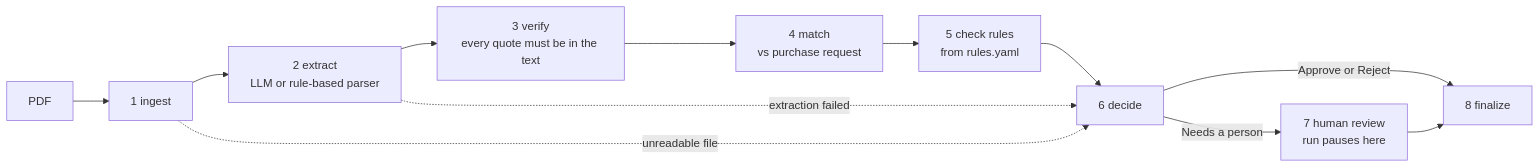
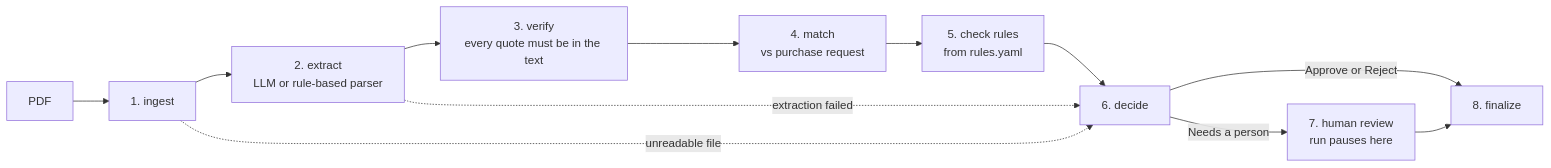
One commit to Genius-360/Supplier-Document-Checker changed the diagram in README.md. Above: the diagram before and after it, drawn with Mermaid.

Commit message:
Update flowchart numbering in README.md

````diff
--- a/README.md
+++ b/README.md
@@ -39,14 +39,14 @@
 ```mermaid
 flowchart LR
-    A[PDF] --> B[1 ingest]
-    B --> C["2 extract<br/>LLM or rule-based parser"]
-    C --> D["3 verify<br/>every quote must be in the text"]
-    D --> E["4 match<br/>vs purchase request"]
-    E --> F["5 check rules<br/>from rules.yaml"]
-    F --> G[6 decide]
-    G -->|Approve or Reject| I[8 finalize]
-    G -->|Needs a person| H["7 human review<br/>run pauses here"]
+    A[PDF] --> B[1. ingest]
+    B --> C["2. extract<br/>LLM or rule-based parser"]
+    C --> D["3. verify<br/>every quote must be in the text"]
+    D --> E["4. match<br/>vs purchase request"]
+    E --> F["5. check rules<br/>from rules.yaml"]
+    F --> G[6. decide]
+    G -->|Approve or Reject| I[8. finalize]
+    G -->|Needs a person| H["7. human review<br/>run pauses here"]
     H --> I
     B -. "unreadable file" .-> G
     C -. "extraction failed" .-> G
 ```
````
